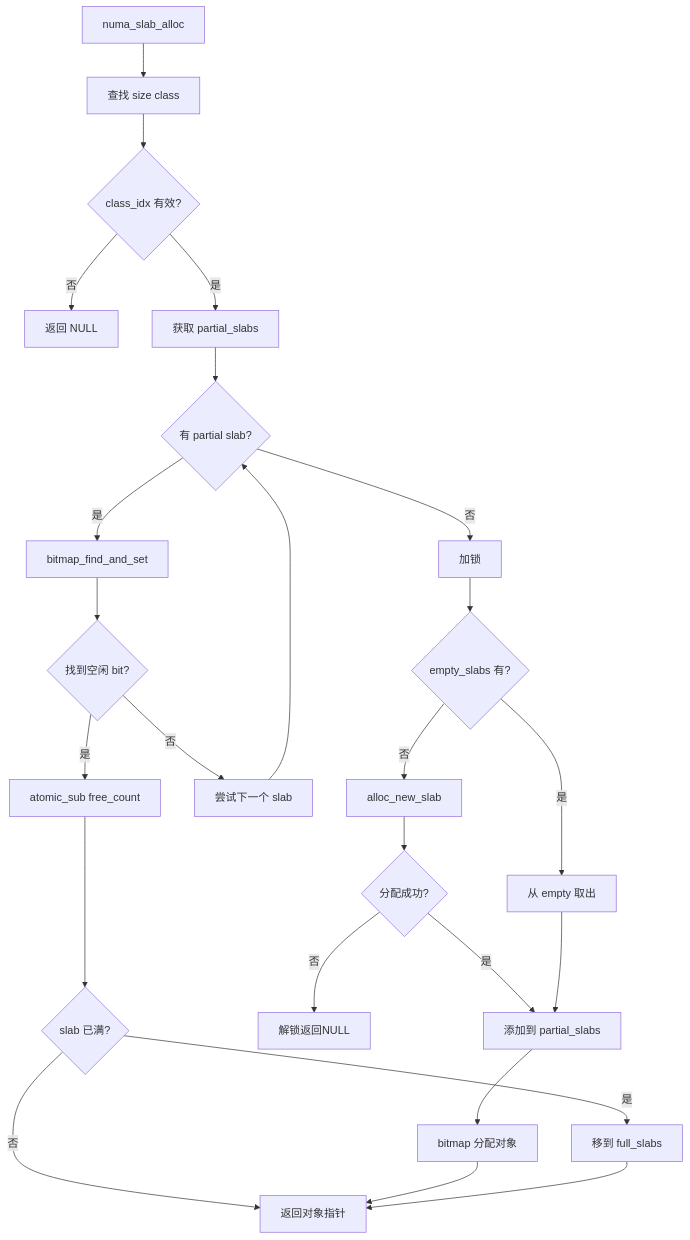
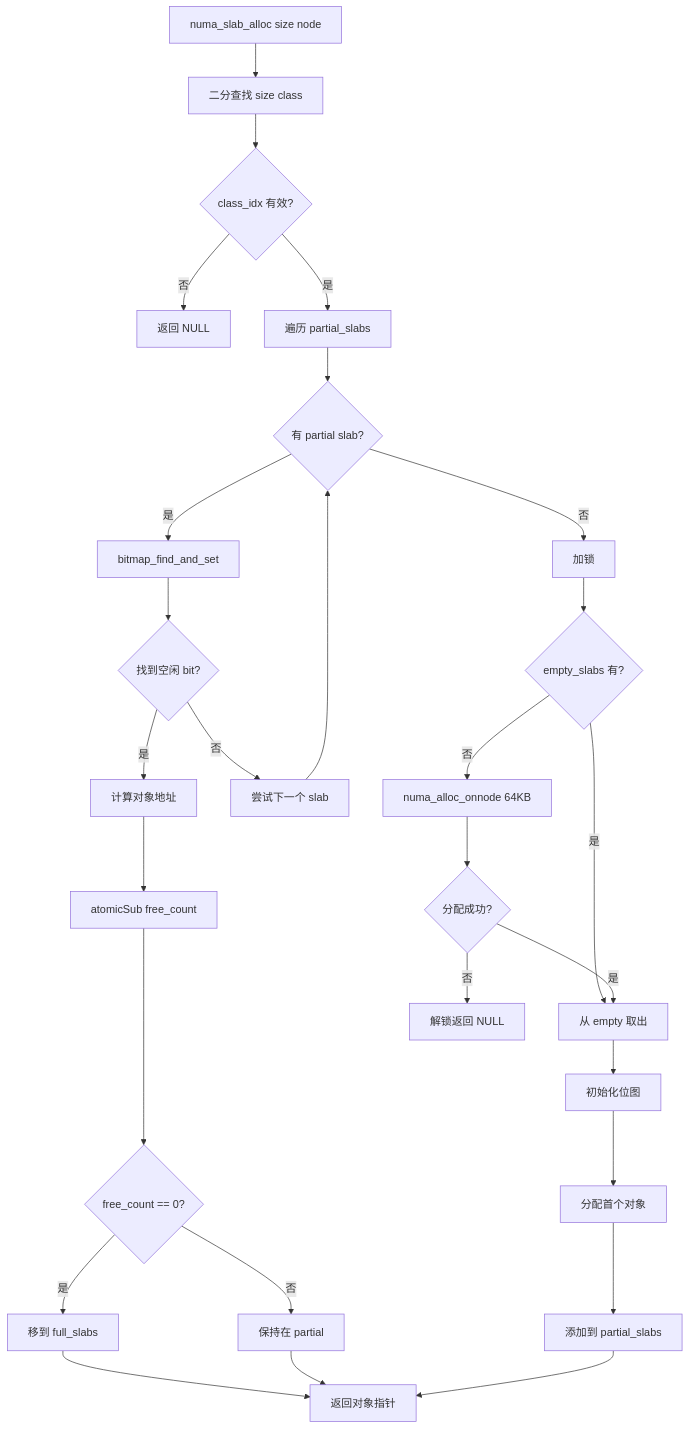
Before and after one commit to xDJTomato/Redis-NUMA: the first of 2 diagrams in docs/new/02-numa-pool.md, drawn with Mermaid. The commit also changed other lines of this file and 53 other files, not shown here.

````diff
--- a/docs/new/02-numa-pool.md
+++ b/docs/new/02-numa-pool.md
@@ -182,27 +88,30 @@
 ```mermaid
 graph TB
-    A[numa_slab_alloc] --> B[查找 size class]
+    A[numa_slab_alloc size node] --> B[二分查找 size class]
     B --> C{class_idx 有效?}
     C -->|否| D[返回 NULL]
-    C -->|是| E[获取 partial_slabs]
+    C -->|是| E[遍历 partial_slabs]
     E --> F{有 partial slab?}
     F -->|是| G[bitmap_find_and_set]
     G --> H{找到空闲 bit?}
-    H -->|是| I[atomic_sub free_count]
-    I --> J{slab 已满?}
-    J -->|是| K[移到 full_slabs]
-    J -->|否| L[返回对象指针]
-    H -->|否| M[尝试下一个 slab]
-    M --> F
-    F -->|否| N[加锁]
-    N --> O{empty_slabs 有?}
-    O -->|是| P[从 empty 取出]
-    O -->|否| Q[alloc_new_slab]
-    Q --> R{分配成功?}
-    R -->|否| S[解锁返回NULL]
-    R -->|是| T[添加到 partial_slabs]
-    P --> T
-    T --> U[bitmap 分配对象]
-    U --> L
-    K --> L
+    H -->|是| I[计算对象地址]
+    I --> J[atomicSub free_count]
+    J --> K{free_count == 0?}
+    K -->|是| L[移到 full_slabs]
+    K -->|否| M[保持在 partial]
+    L --> N[返回对象指针]
+    M --> N
+    H -->|否| O[尝试下一个 slab]
+    O --> F
+    F -->|否| P[加锁]
+    P --> Q{empty_slabs 有?}
+    Q -->|是| R[从 empty 取出]
+    Q -->|否| S[numa_alloc_onnode 64KB]
+    S --> T{分配成功?}
+    T -->|否| U[解锁返回 NULL]
+    T -->|是| R
+    R --> V[初始化位图]
+    V --> W[分配首个对象]
+    W --> X[添加到 partial_slabs]
+    X --> N
 ```
````
